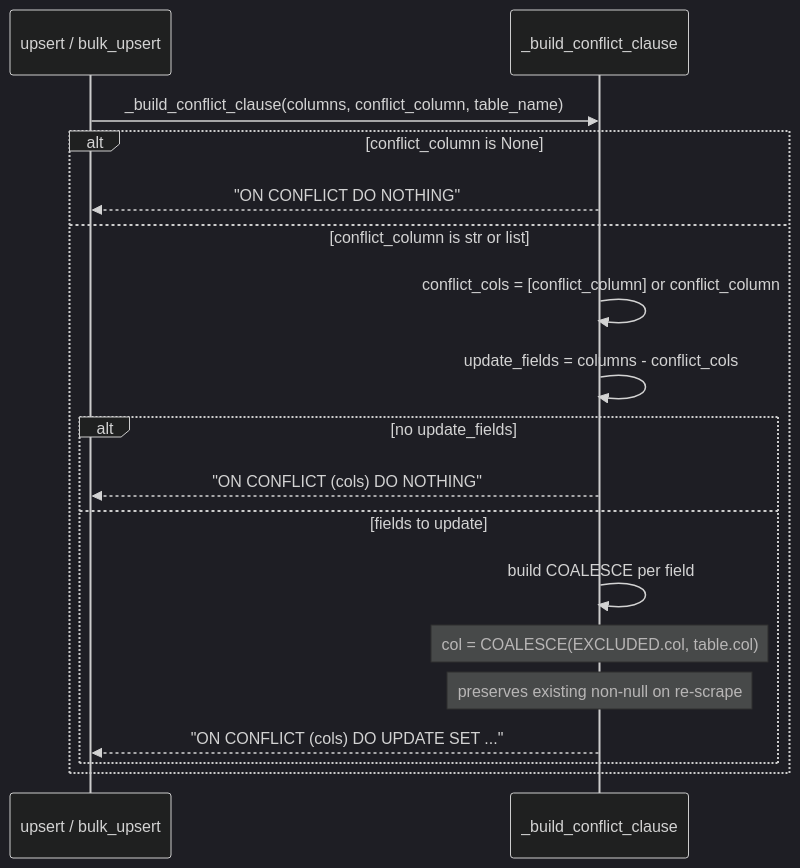
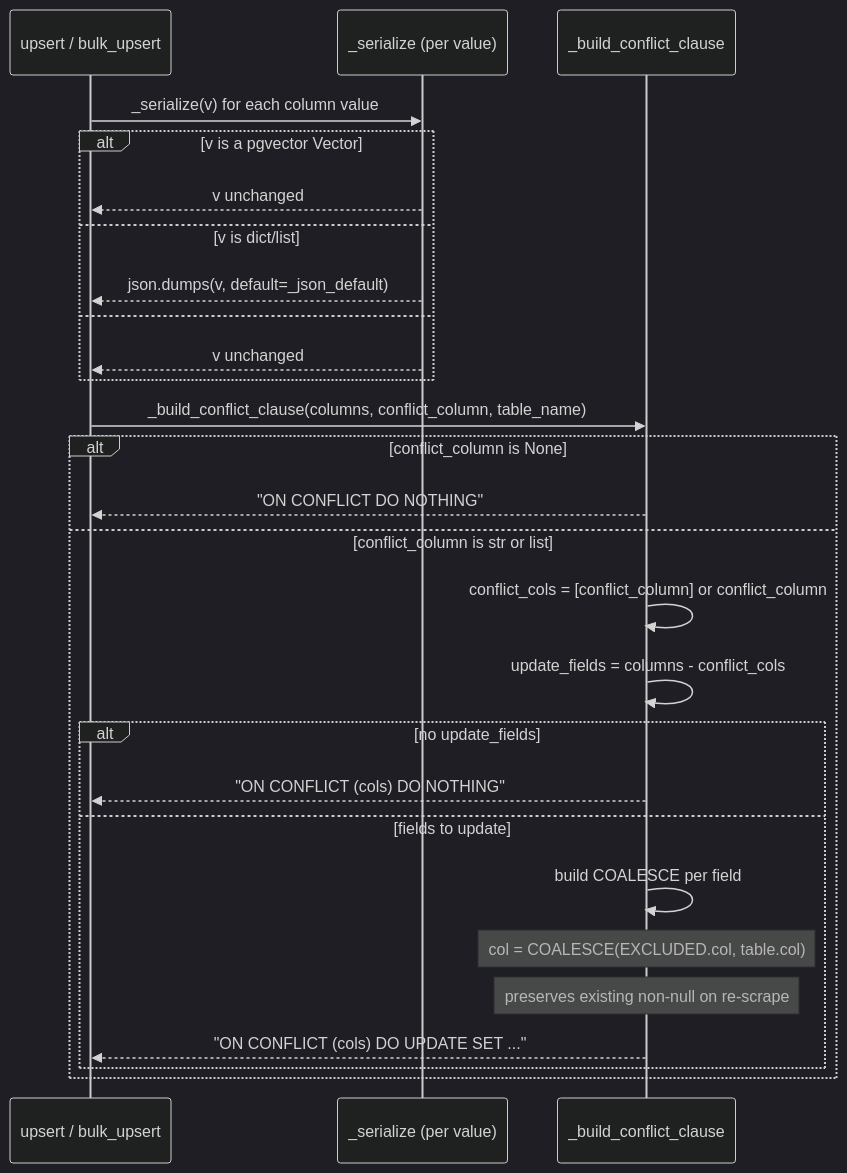
Before and after one commit to AustinDwomoh/libra: the third of 3 diagrams in docs/diagrams/db_seq.md, drawn with Mermaid (dark theme). The commit also changed other lines of this file and 26 other files, not shown here.

````diff
--- a/docs/diagrams/db_seq.md
+++ b/docs/diagrams/db_seq.md
@@ -21,24 +38,34 @@
 ```mermaid
 %% sequenceDiagram — _build_conflict_clause (ON CONFLICT strategy)
 sequenceDiagram
     participant Op as upsert / bulk_upsert
+    participant Ser as _serialize (per value)
     participant B as _build_conflict_clause
+
+    Op->>Ser: _serialize(v) for each column value
+    alt v is a pgvector Vector
+        Ser-->>Op: v unchanged
+    else v is dict/list
+        Ser-->>Op: json.dumps(v, default=_json_default)
+    else
+        Ser-->>Op: v unchanged
+    end
 
     Op->>B: _build_conflict_clause(columns, conflict_column, table_name)
 
     alt conflict_column is None
         B-->>Op: "ON CONFLICT DO NOTHING"
     else conflict_column is str or list
         B->>B: conflict_cols = [conflict_column] or conflict_column
         B->>B: update_fields = columns - conflict_cols
         alt no update_fields
             B-->>Op: "ON CONFLICT (cols) DO NOTHING"
         else fields to update
             B->>B: build COALESCE per field
             Note over B: col = COALESCE(EXCLUDED.col, table.col)
             Note over B: preserves existing non-null on re-scrape
             B-->>Op: "ON CONFLICT (cols) DO UPDATE SET ..."
         end
     end
 
 ```
````
